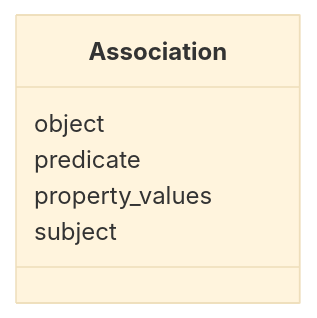
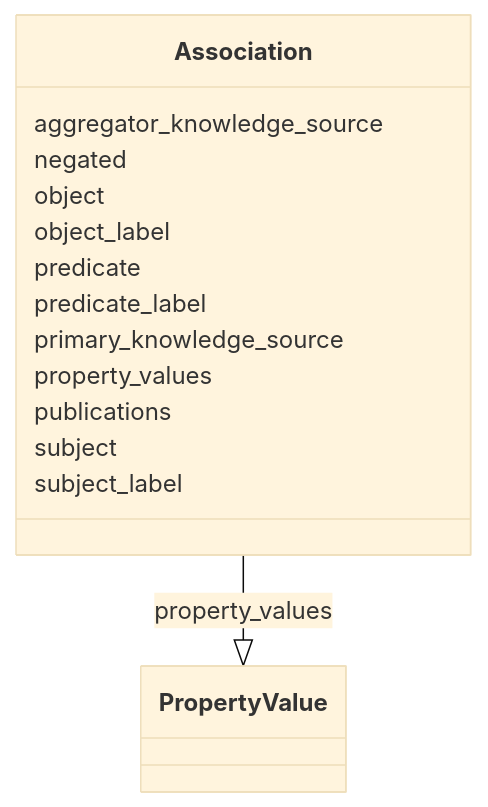
The diagram in association/Association.md (cthoyt/ontology-access-kit), drawn with Mermaid (base theme) before and after one commit. The commit also changed other lines of this file and 3287 other files, not shown here.

````diff
--- a/association/Association.md
+++ b/association/Association.md
@@ -11,9 +14,29 @@
 ```{mermaid}
  classDiagram
     class Association
+      Association : aggregator_knowledge_source
+        
+      Association : negated
+        
       Association : object
+        
+      Association : object_label
+        
       Association : predicate
+        
+      Association : predicate_label
+        
+      Association : primary_knowledge_source
+        
       Association : property_values
+        
+          Association --|> PropertyValue : property_values
+        
+      Association : publications
+        
       Association : subject
+        
+      Association : subject_label
+        
       
 ```
````
